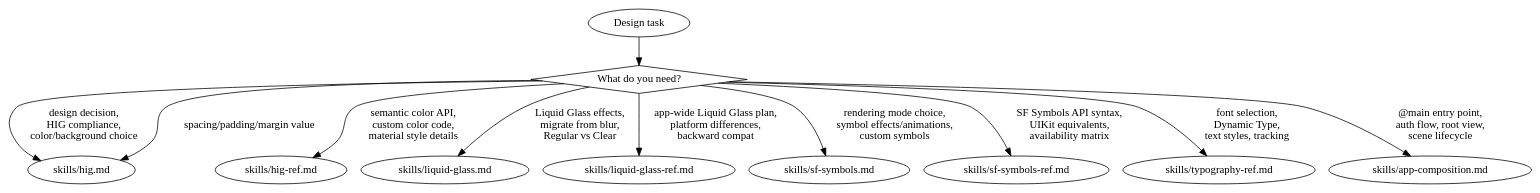
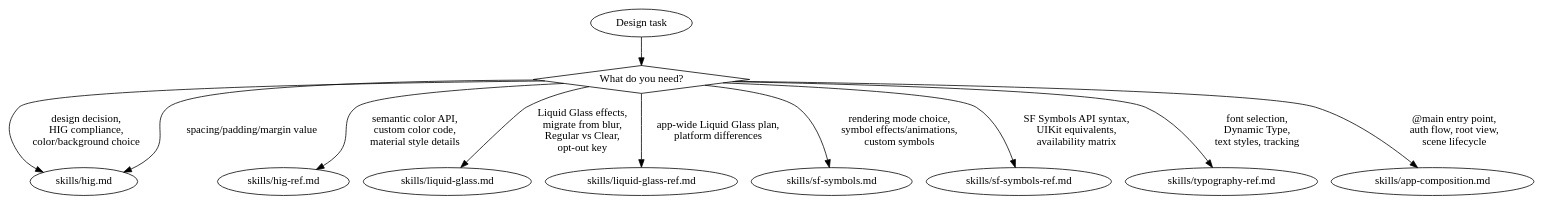
Before and after one commit to CharlesWiltgen/Axiom: the diagram in .claude-plugin/plugins/axiom/skills/axiom-design/SKILL.md, drawn with Graphviz. The commit also changed other lines of this file and 13 other files, not shown here.

````diff
--- a/.claude-plugin/plugins/axiom/skills/axiom-design/SKILL.md
+++ b/.claude-plugin/plugins/axiom/skills/axiom-design/SKILL.md
@@ -38,17 +40,17 @@
 ```dot
 digraph design {
     start [label="Design task" shape=ellipse];
     what [label="What do you need?" shape=diamond];
 
     start -> what;
     what -> "skills/hig.md" [label="design decision,\nHIG compliance,\ncolor/background choice"];
     what -> "skills/hig.md" [label="spacing/padding/margin value"];
     what -> "skills/hig-ref.md" [label="semantic color API,\ncustom color code,\nmaterial style details"];
-    what -> "skills/liquid-glass.md" [label="Liquid Glass effects,\nmigrate from blur,\nRegular vs Clear"];
-    what -> "skills/liquid-glass-ref.md" [label="app-wide Liquid Glass plan,\nplatform differences,\nbackward compat"];
+    what -> "skills/liquid-glass.md" [label="Liquid Glass effects,\nmigrate from blur,\nRegular vs Clear,\nopt-out key"];
+    what -> "skills/liquid-glass-ref.md" [label="app-wide Liquid Glass plan,\nplatform differences"];
     what -> "skills/sf-symbols.md" [label="rendering mode choice,\nsymbol effects/animations,\ncustom symbols"];
     what -> "skills/sf-symbols-ref.md" [label="SF Symbols API syntax,\nUIKit equivalents,\navailability matrix"];
     what -> "skills/typography-ref.md" [label="font selection,\nDynamic Type,\ntext styles, tracking"];
     what -> "skills/app-composition.md" [label="@main entry point,\nauth flow, root view,\nscene lifecycle"];
 }
 ```
````
